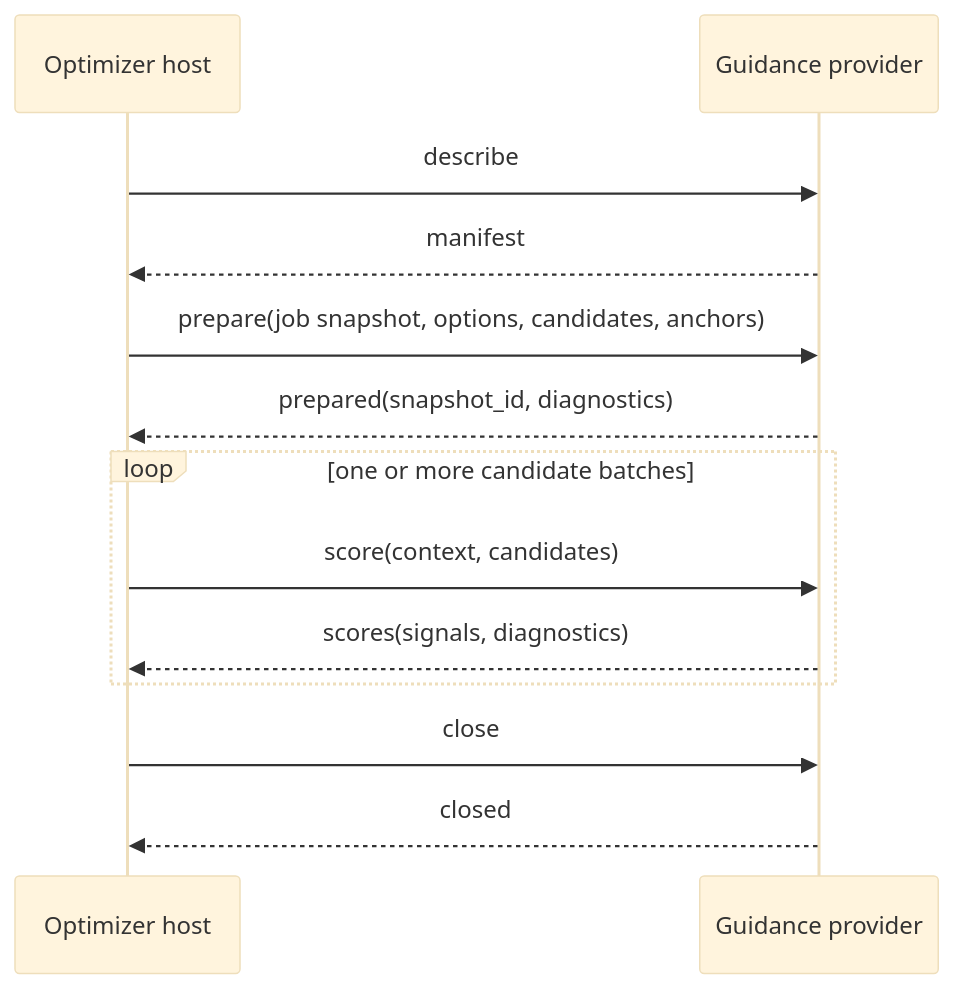
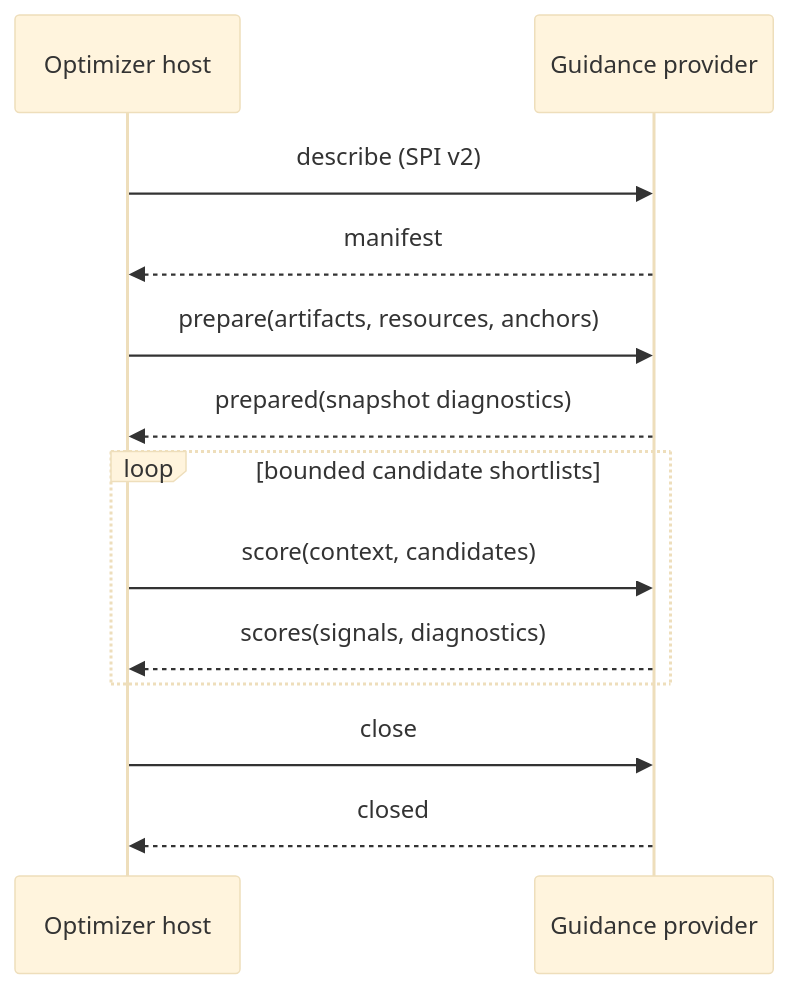
The diagram in SPI.md (chrober/bliss-playlist-guidance-spi), drawn with Mermaid (base theme) before and after one commit. The commit also changed other lines of this file and 3 other files, not shown here.

Commit message:
feat: define guidance SPI v2 resources

````diff
--- a/SPI.md
+++ b/SPI.md
@@ -45,15 +40,15 @@
 ```mermaid
 sequenceDiagram
     participant H as Optimizer host
     participant P as Guidance provider
-    H->>P: describe
+    H->>P: describe (SPI v2)
     P-->>H: manifest
-    H->>P: prepare(job snapshot, options, candidates, anchors)
-    P-->>H: prepared(snapshot_id, diagnostics)
-    loop one or more candidate batches
+    H->>P: prepare(artifacts, resources, anchors)
+    P-->>H: prepared(snapshot diagnostics)
+    loop bounded candidate shortlists
         H->>P: score(context, candidates)
         P-->>H: scores(signals, diagnostics)
     end
     H->>P: close
     P-->>H: closed
 ```
````
